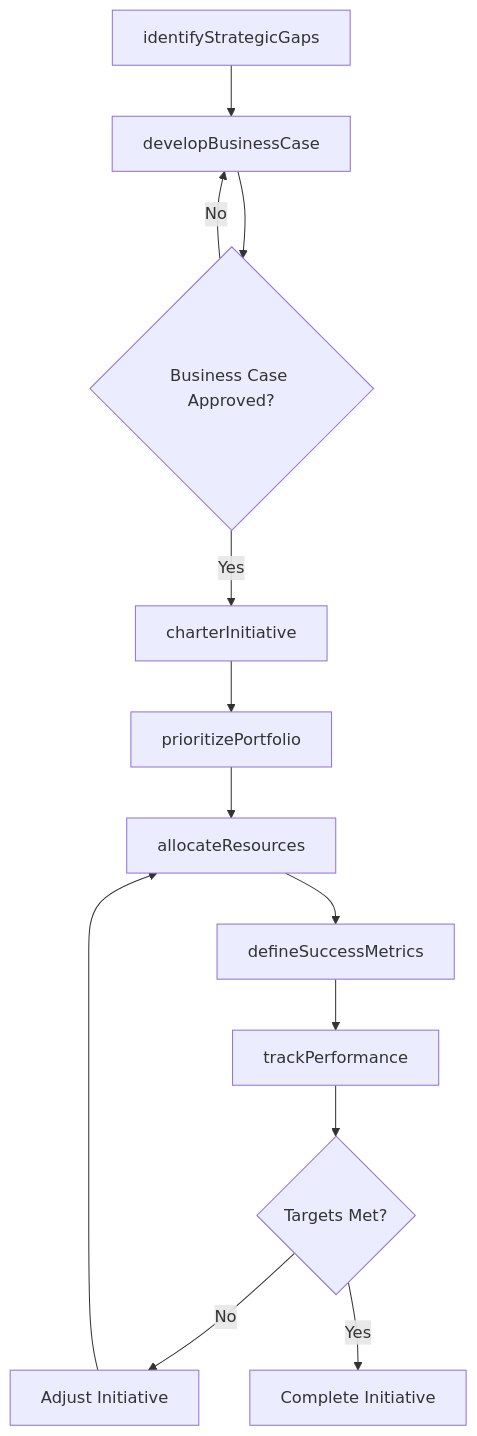
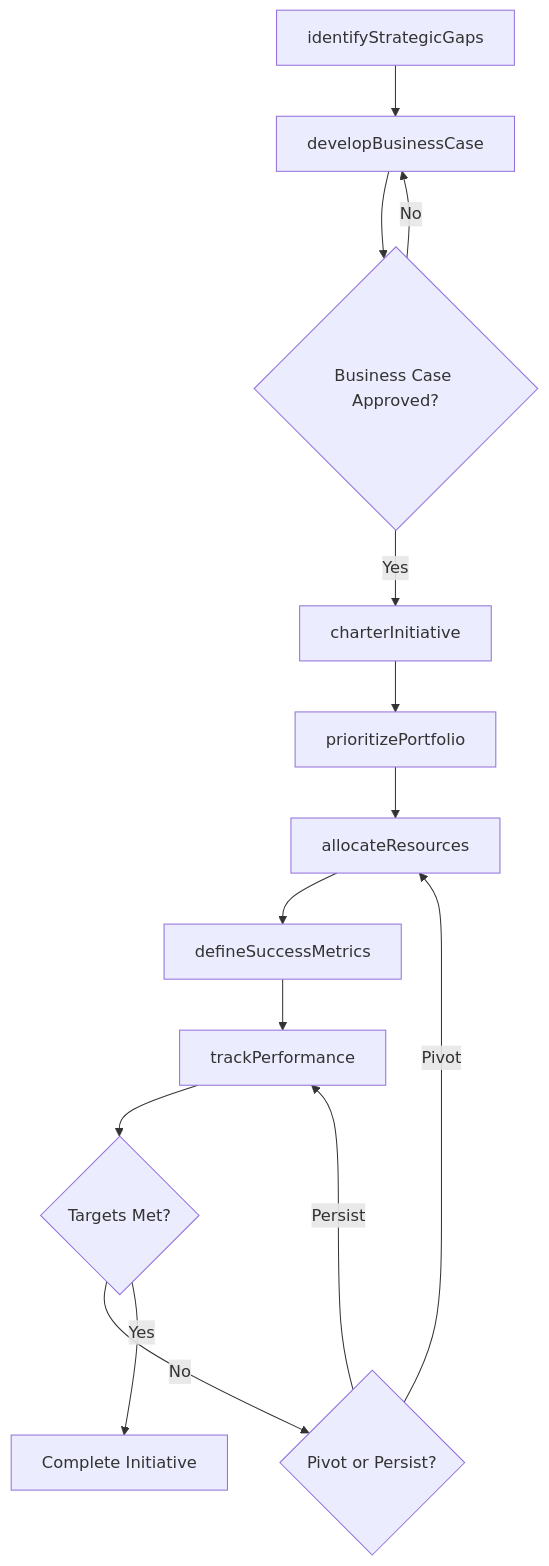
Before and after one commit to dot-org-ai/tasks.org.ai: the third of 4 diagrams in OrganizingPlanningAndPrioritizingWork/DevelopOrganizationalGoalsOrObjectives/DevelopStrategicInitiatives.mdx, drawn with Mermaid. The commit also changed other lines of this file and 504 other files, not shown here.

First line of the commit message:
feat: Add ER diagrams, state diagrams, and workflow improvements to 96 DWA task files

````diff
--- a/OrganizingPlanningAndPrioritizingWork/DevelopOrganizationalGoalsOrObjectives/DevelopStrategicInitiatives.mdx
+++ b/OrganizingPlanningAndPrioritizingWork/DevelopOrganizationalGoalsOrObjectives/DevelopStrategicInitiatives.mdx
@@ -89,15 +121,16 @@
 ```mermaid
 graph TD
     A[identifyStrategicGaps] --> B[developBusinessCase]
     B --> C{Business Case Approved?}
     C -->|No| B
     C -->|Yes| D[charterInitiative]
     D --> E[prioritizePortfolio]
     E --> F[allocateResources]
     F --> G[defineSuccessMetrics]
     G --> H[trackPerformance]
     H --> I{Targets Met?}
-    I -->|No| J[Adjust Initiative]
-    J --> F
+    I -->|No| J{Pivot or Persist?}
+    J -->|Pivot| F
+    J -->|Persist| H
     I -->|Yes| K[Complete Initiative]
 ```
````
